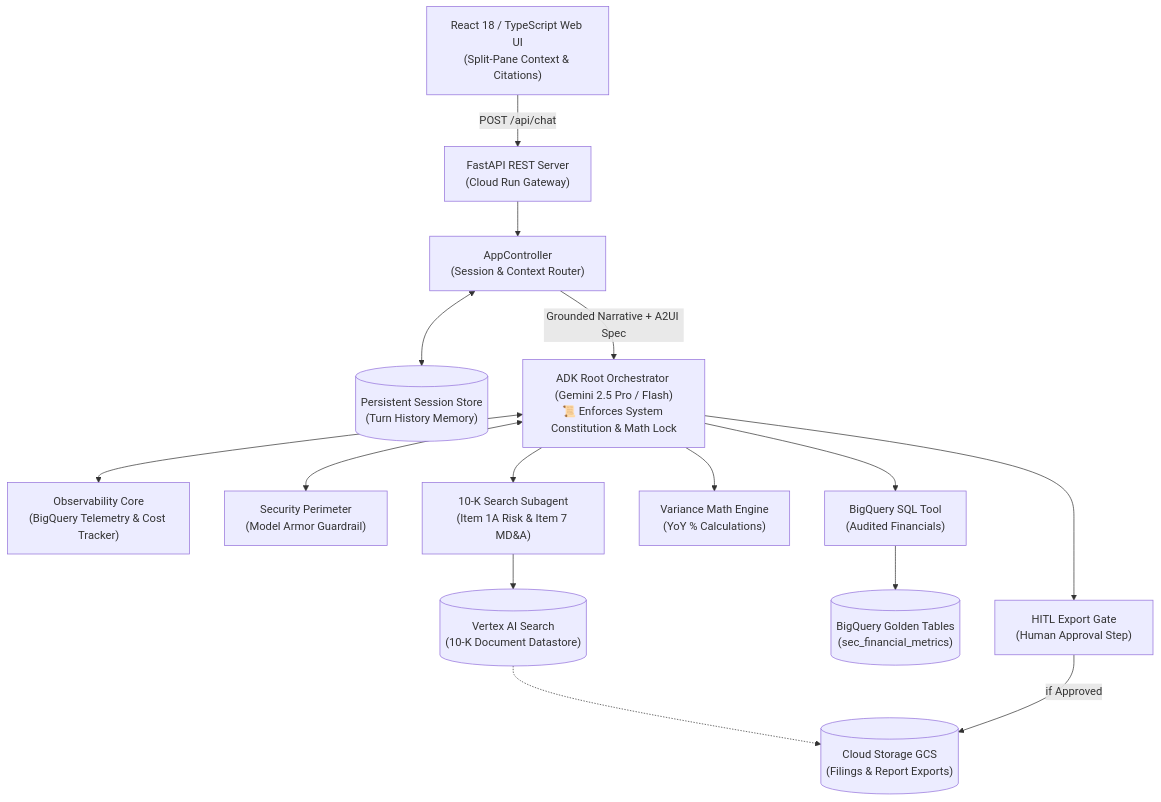
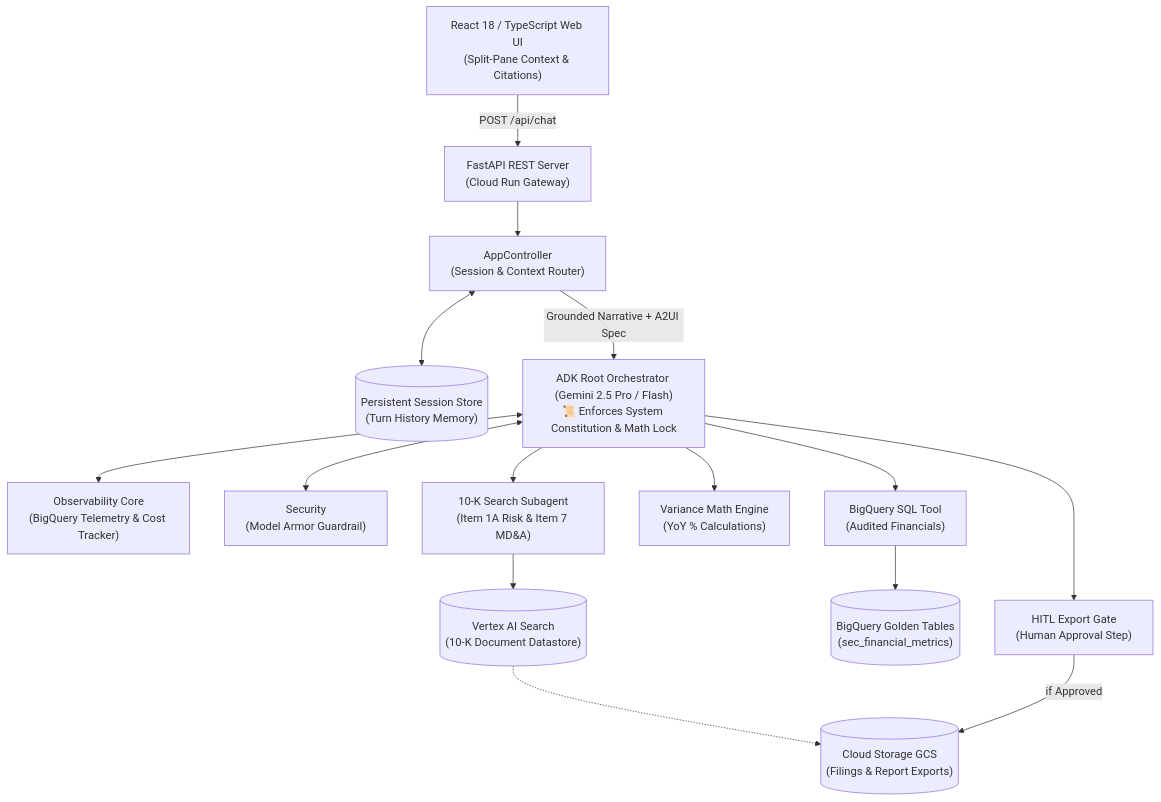
The first of 10 diagrams in docs/architectural_diagrams.md (cvwang/sec-edgar-analyst), drawn with Mermaid before and after one commit. The commit also changed 6 other files, not shown here.

````diff
--- a/docs/architectural_diagrams.md
+++ b/docs/architectural_diagrams.md
@@ -15,38 +15,38 @@
 ```mermaid
 flowchart TD
     UI["React 18 / TypeScript Web UI<br/>(Split-Pane Context & Citations)"]
     FastAPI["FastAPI REST Server<br/>(Cloud Run Gateway)"]
     AppController["AppController<br/>(Session & Context Router)"]
     SessionStore[("Persistent Session Store<br/>(Turn History Memory)")]
 
     RootOrchestrator["ADK Root Orchestrator (Gemini 2.5 Pro / Flash)<br/>📜 Enforces System Constitution & Math Lock"]
     Observability["Observability Core<br/>(BigQuery Telemetry & Cost Tracker)"]
-    ModelArmor["Security Perimeter<br/>(Model Armor Guardrail)"]
+    ModelArmor["Security<br/>(Model Armor Guardrail)"]
 
     BQTool["BigQuery SQL Tool<br/>(Audited Financials)"]
     MathTool["Variance Math Engine<br/>(YoY % Calculations)"]
     SearchSubagent["10-K Search Subagent<br/>(Item 1A Risk & Item 7 MD&A)"]
     ExportTool["HITL Export Gate<br/>(Human Approval Step)"]
 
     BigQuery[("BigQuery Golden Tables<br/>(sec_financial_metrics)")]
     VertexSearch[("Vertex AI Search<br/>(10-K Document Datastore)")]
     GCS[("Cloud Storage GCS<br/>(Filings & Report Exports)")]
 
     UI -->|POST /api/chat| FastAPI
     FastAPI --> AppController
     AppController <--> SessionStore
     AppController -->|Grounded Narrative + A2UI Spec| RootOrchestrator
 
     RootOrchestrator <--> Observability
     RootOrchestrator <--> ModelArmor
 
     RootOrchestrator --> BQTool
     RootOrchestrator --> MathTool
     RootOrchestrator --> SearchSubagent
     RootOrchestrator --> ExportTool
 
     BQTool --> BigQuery
     SearchSubagent --> VertexSearch
     VertexSearch -.-> GCS
     ExportTool -->|if Approved| GCS
 ```
````
